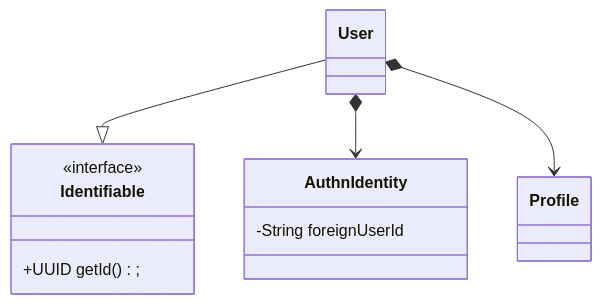
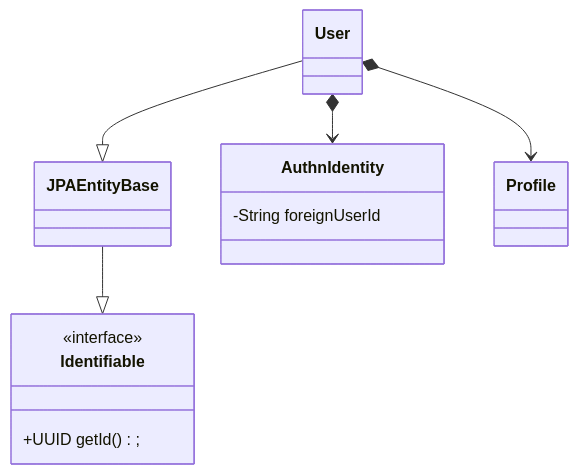
The diagram in README.md (xenoterracide/iw-pm-backend), drawn with Mermaid before and after one commit.

Commit message:
model deeper

````diff
--- a/README.md
+++ b/README.md
@@ -18,21 +18,25 @@
 ```mermaid
 classDiagram
     class Identifiable {
         <<interface>>
         +UUID getId();
+    }
+
+    class JPAEntityBase {
     }
 
     class AuthnIdentity {
         -String foreignUserId
     }
 
     class Profile {
     }
 
     class User {
     }
 
-    User --|> Identifiable
-    User *--> AuthnIdentity
-    User *--> Profile
+    JPAEntityBase --|> Identifiable
+    User          --|> JPAEntityBase
+    User          *--> AuthnIdentity
+    User          *--> Profile
 ```
````
